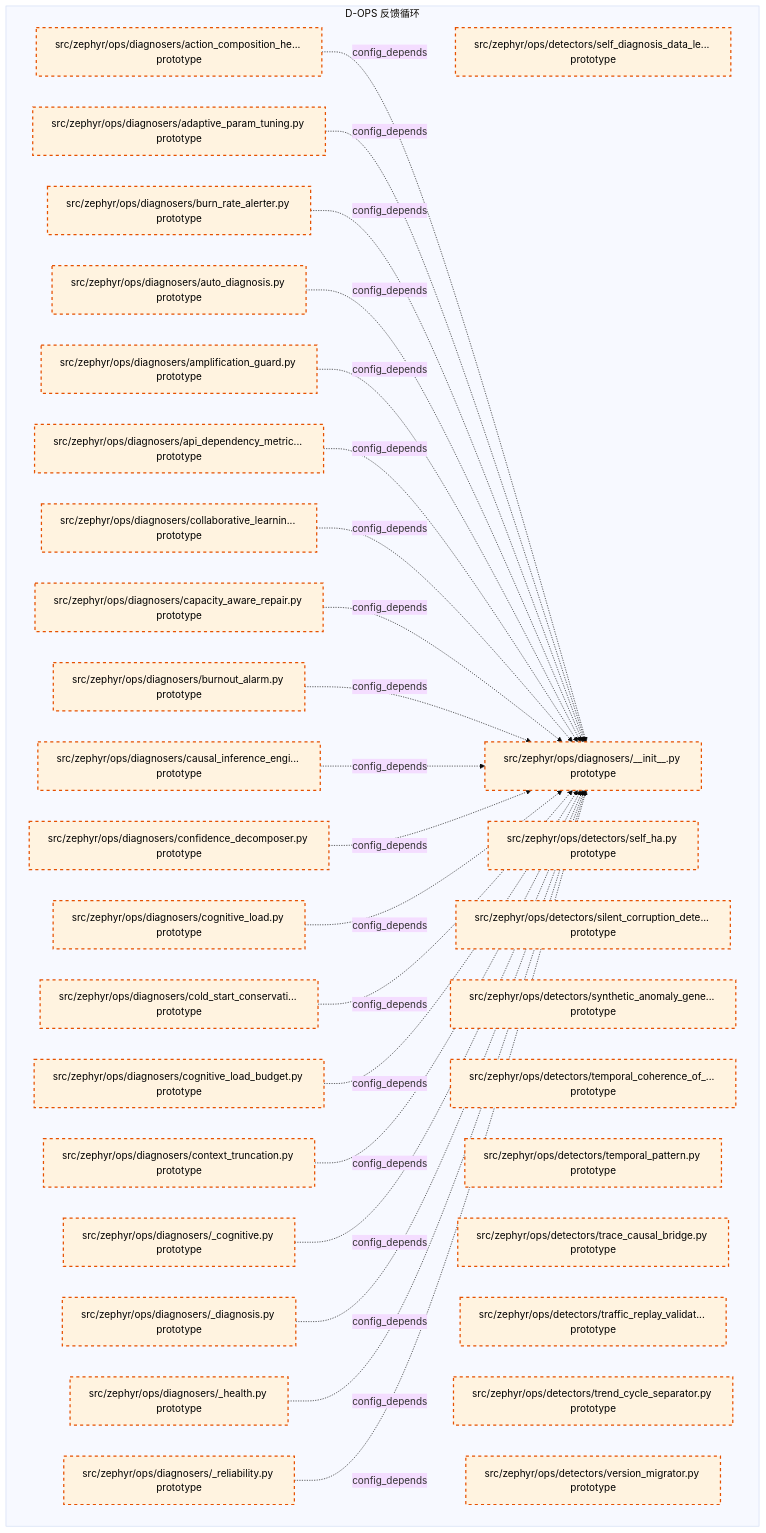
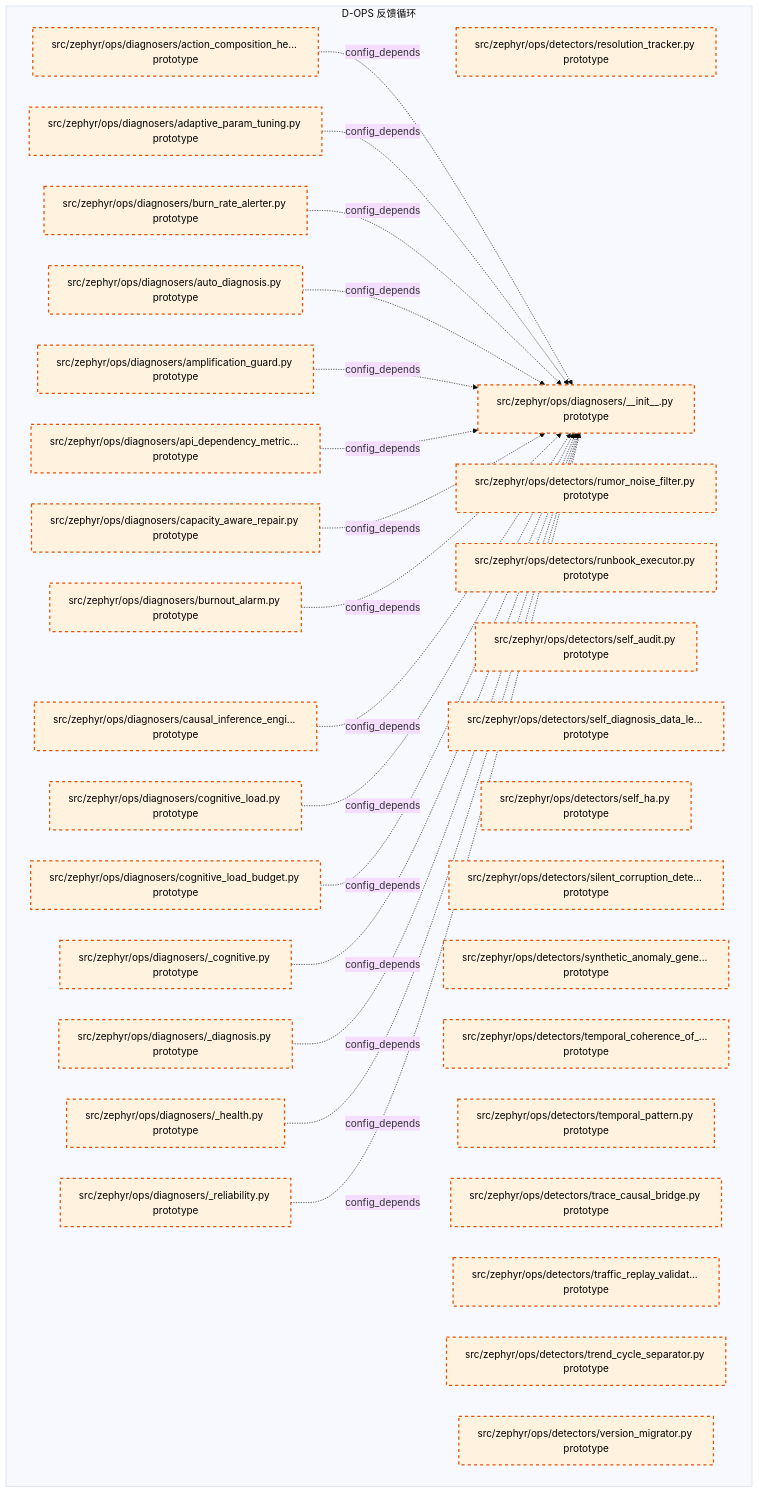
Diagram 14 of 24 in docs/02_enterprise_architecture/02_domain_architecture_docs/12_d_ops.md (xuanFelixVan/ZephyrAlpha), drawn with Mermaid (base theme) before and after one commit. The commit also changed other lines of this file and 117 other files, not shown here.

````diff
--- a/docs/02_enterprise_architecture/02_domain_architecture_docs/12_d_ops.md
+++ b/docs/02_enterprise_architecture/02_domain_architecture_docs/12_d_ops.md
@@ -1857,59 +1874,55 @@
 ```mermaid
 graph TD
     subgraph D_OPS["D-OPS 反馈循环"]
+        src_zephyr_ops_detectors_resolution_tracker_py["src/zephyr/ops/detectors/resolution_tracker.py prototype"]
+        src_zephyr_ops_detectors_rumor_noise_filter_py["src/zephyr/ops/detectors/rumor_noise_filter.py prototype"]
+        src_zephyr_ops_detectors_runbook_executor_py["src/zephyr/ops/detectors/runbook_executor.py prototype"]
+        src_zephyr_ops_detectors_self_audit_py["src/zephyr/ops/detectors/self_audit.py prototype"]
         src_zephyr_ops_detectors_self_diagnosis_data_leak_detector_py["src/zephyr/ops/detectors/self_diagnosis_data_le... prototype"]
         src_zephyr_ops_detectors_self_ha_py["src/zephyr/ops/detectors/self_ha.py prototype"]
         src_zephyr_ops_detectors_silent_corruption_detector_py["src/zephyr/ops/detectors/silent_corruption_dete... prototype"]
         src_zephyr_ops_detectors_synthetic_anomaly_generator_py["src/zephyr/ops/detectors/synthetic_anomaly_gene... prototype"]
         src_zephyr_ops_detectors_temporal_coherence_of_self_model_py["src/zephyr/ops/detectors/temporal_coherence_of_... prototype"]
         src_zephyr_ops_detectors_temporal_pattern_py["src/zephyr/ops/detectors/temporal_pattern.py prototype"]
         src_zephyr_ops_detectors_trace_causal_bridge_py["src/zephyr/ops/detectors/trace_causal_bridge.py prototype"]
         src_zephyr_ops_detectors_traffic_replay_validator_py["src/zephyr/ops/detectors/traffic_replay_validat... prototype"]
         src_zephyr_ops_detectors_trend_cycle_separator_py["src/zephyr/ops/detectors/trend_cycle_separator.py prototype"]
         src_zephyr_ops_detectors_version_migrator_py["src/zephyr/ops/detectors/version_migrator.py prototype"]
         src_zephyr_ops_diagnosers_init_py["src/zephyr/ops/diagnosers/__init__.py prototype"]
         src_zephyr_ops_diagnosers_cognitive_py["src/zephyr/ops/diagnosers/_cognitive.py prototype"]
         src_zephyr_ops_diagnosers_diagnosis_py["src/zephyr/ops/diagnosers/_diagnosis.py prototype"]
         src_zephyr_ops_diagnosers_health_py["src/zephyr/ops/diagnosers/_health.py prototype"]
         src_zephyr_ops_diagnosers_reliability_py["src/zephyr/ops/diagnosers/_reliability.py prototype"]
         src_zephyr_ops_diagnosers_action_composition_health_monitor_py["src/zephyr/ops/diagnosers/action_composition_he... prototype"]
         src_zephyr_ops_diagnosers_adaptive_param_tuning_py["src/zephyr/ops/diagnosers/adaptive_param_tuning.py prototype"]
         src_zephyr_ops_diagnosers_amplification_guard_py["src/zephyr/ops/diagnosers/amplification_guard.py prototype"]
         src_zephyr_ops_diagnosers_api_dependency_metrics_py["src/zephyr/ops/diagnosers/api_dependency_metric... prototype"]
         src_zephyr_ops_diagnosers_auto_diagnosis_py["src/zephyr/ops/diagnosers/auto_diagnosis.py prototype"]
         src_zephyr_ops_diagnosers_burn_rate_alerter_py["src/zephyr/ops/diagnosers/burn_rate_alerter.py prototype"]
         src_zephyr_ops_diagnosers_burnout_alarm_py["src/zephyr/ops/diagnosers/burnout_alarm.py prototype"]
         src_zephyr_ops_diagnosers_capacity_aware_repair_py["src/zephyr/ops/diagnosers/capacity_aware_repair.py prototype"]
         src_zephyr_ops_diagnosers_causal_inference_engine_py["src/zephyr/ops/diagnosers/causal_inference_engi... prototype"]
         src_zephyr_ops_diagnosers_cognitive_load_py["src/zephyr/ops/diagnosers/cognitive_load.py prototype"]
         src_zephyr_ops_diagnosers_cognitive_load_budget_py["src/zephyr/ops/diagnosers/cognitive_load_budget.py prototype"]
-        src_zephyr_ops_diagnosers_cold_start_conservative_mode_py["src/zephyr/ops/diagnosers/cold_start_conservati... prototype"]
-        src_zephyr_ops_diagnosers_collaborative_learning_py["src/zephyr/ops/diagnosers/collaborative_learnin... prototype"]
-        src_zephyr_ops_diagnosers_confidence_decomposer_py["src/zephyr/ops/diagnosers/confidence_decomposer.py prototype"]
-        src_zephyr_ops_diagnosers_context_truncation_py["src/zephyr/ops/diagnosers/context_truncation.py prototype"]
     end
     src_zephyr_ops_diagnosers_action_composition_health_monitor_py -.->|config_depends| src_zephyr_ops_diagnosers_init_py
     src_zephyr_ops_diagnosers_adaptive_param_tuning_py -.->|config_depends| src_zephyr_ops_diagnosers_init_py
     src_zephyr_ops_diagnosers_burn_rate_alerter_py -.->|config_depends| src_zephyr_ops_diagnosers_init_py
     src_zephyr_ops_diagnosers_auto_diagnosis_py -.->|config_depends| src_zephyr_ops_diagnosers_init_py
     src_zephyr_ops_diagnosers_amplification_guard_py -.->|config_depends| src_zephyr_ops_diagnosers_init_py
     src_zephyr_ops_diagnosers_api_dependency_metrics_py -.->|config_depends| src_zephyr_ops_diagnosers_init_py
-    src_zephyr_ops_diagnosers_collaborative_learning_py -.->|config_depends| src_zephyr_ops_diagnosers_init_py
     src_zephyr_ops_diagnosers_capacity_aware_repair_py -.->|config_depends| src_zephyr_ops_diagnosers_init_py
     src_zephyr_ops_diagnosers_burnout_alarm_py -.->|config_depends| src_zephyr_ops_diagnosers_init_py
     src_zephyr_ops_diagnosers_causal_inference_engine_py -.->|config_depends| src_zephyr_ops_diagnosers_init_py
-    src_zephyr_ops_diagnosers_confidence_decomposer_py -.->|config_depends| src_zephyr_ops_diagnosers_init_py
     src_zephyr_ops_diagnosers_cognitive_load_py -.->|config_depends| src_zephyr_ops_diagnosers_init_py
-    src_zephyr_ops_diagnosers_cold_start_conservative_mode_py -.->|config_depends| src_zephyr_ops_diagnosers_init_py
     src_zephyr_ops_diagnosers_cognitive_load_budget_py -.->|config_depends| src_zephyr_ops_diagnosers_init_py
-    src_zephyr_ops_diagnosers_context_truncation_py -.->|config_depends| src_zephyr_ops_diagnosers_init_py
     src_zephyr_ops_diagnosers_cognitive_py -.->|config_depends| src_zephyr_ops_diagnosers_init_py
     src_zephyr_ops_diagnosers_diagnosis_py -.->|config_depends| src_zephyr_ops_diagnosers_init_py
     src_zephyr_ops_diagnosers_health_py -.->|config_depends| src_zephyr_ops_diagnosers_init_py
     src_zephyr_ops_diagnosers_reliability_py -.->|config_depends| src_zephyr_ops_diagnosers_init_py
     classDef production fill:#e1f5fe,stroke:#01579b,stroke-width:2px,color:#000
     classDef design fill:#fff3e0,stroke:#e65100,stroke-width:2px,color:#000,stroke-dasharray: 5 5
     classDef external_prod fill:#e8f5e9,stroke:#1b5e20,stroke-width:1px,color:#000
     classDef external_design fill:#fce4ec,stroke:#880e4f,stroke-width:1px,color:#000,stroke-dasharray: 5 5
-    class src_zephyr_ops_detectors_self_diagnosis_data_leak_detector_py,src_zephyr_ops_detectors_self_ha_py,src_zephyr_ops_detectors_silent_corruption_detector_py,src_zephyr_ops_detectors_synthetic_anomaly_generator_py,src_zephyr_ops_detectors_temporal_coherence_of_self_model_py,src_zephyr_ops_detectors_temporal_pattern_py,src_zephyr_ops_detectors_trace_causal_bridge_py,src_zephyr_ops_detectors_traffic_replay_validator_py,src_zephyr_ops_detectors_trend_cycle_separator_py,src_zephyr_ops_detectors_version_migrator_py,src_zephyr_ops_diagnosers_init_py,src_zephyr_ops_diagnosers_cognitive_py,src_zephyr_ops_diagnosers_diagnosis_py,src_zephyr_ops_diagnosers_health_py,src_zephyr_ops_diagnosers_reliability_py,src_zephyr_ops_diagnosers_action_composition_health_monitor_py,src_zephyr_ops_diagnosers_adaptive_param_tuning_py,src_zephyr_ops_diagnosers_amplification_guard_py,src_zephyr_ops_diagnosers_api_dependency_metrics_py,src_zephyr_ops_diagnosers_auto_diagnosis_py,src_zephyr_ops_diagnosers_burn_rate_alerter_py,src_zephyr_ops_diagnosers_burnout_alarm_py,src_zephyr_ops_diagnosers_capacity_aware_repair_py,src_zephyr_ops_diagnosers_causal_inference_engine_py,src_zephyr_ops_diagnosers_cognitive_load_py,src_zephyr_ops_diagnosers_cognitive_load_budget_py,src_zephyr_ops_diagnosers_cold_start_conservative_mode_py,src_zephyr_ops_diagnosers_collaborative_learning_py,src_zephyr_ops_diagnosers_confidence_decomposer_py,src_zephyr_ops_diagnosers_context_truncation_py design
+    class src_zephyr_ops_detectors_resolution_tracker_py,src_zephyr_ops_detectors_rumor_noise_filter_py,src_zephyr_ops_detectors_runbook_executor_py,src_zephyr_ops_detectors_self_audit_py,src_zephyr_ops_detectors_self_diagnosis_data_leak_detector_py,src_zephyr_ops_detectors_self_ha_py,src_zephyr_ops_detectors_silent_corruption_detector_py,src_zephyr_ops_detectors_synthetic_anomaly_generator_py,src_zephyr_ops_detectors_temporal_coherence_of_self_model_py,src_zephyr_ops_detectors_temporal_pattern_py,src_zephyr_ops_detectors_trace_causal_bridge_py,src_zephyr_ops_detectors_traffic_replay_validator_py,src_zephyr_ops_detectors_trend_cycle_separator_py,src_zephyr_ops_detectors_version_migrator_py,src_zephyr_ops_diagnosers_init_py,src_zephyr_ops_diagnosers_cognitive_py,src_zephyr_ops_diagnosers_diagnosis_py,src_zephyr_ops_diagnosers_health_py,src_zephyr_ops_diagnosers_reliability_py,src_zephyr_ops_diagnosers_action_composition_health_monitor_py,src_zephyr_ops_diagnosers_adaptive_param_tuning_py,src_zephyr_ops_diagnosers_amplification_guard_py,src_zephyr_ops_diagnosers_api_dependency_metrics_py,src_zephyr_ops_diagnosers_auto_diagnosis_py,src_zephyr_ops_diagnosers_burn_rate_alerter_py,src_zephyr_ops_diagnosers_burnout_alarm_py,src_zephyr_ops_diagnosers_capacity_aware_repair_py,src_zephyr_ops_diagnosers_causal_inference_engine_py,src_zephyr_ops_diagnosers_cognitive_load_py,src_zephyr_ops_diagnosers_cognitive_load_budget_py design
 ```
````
